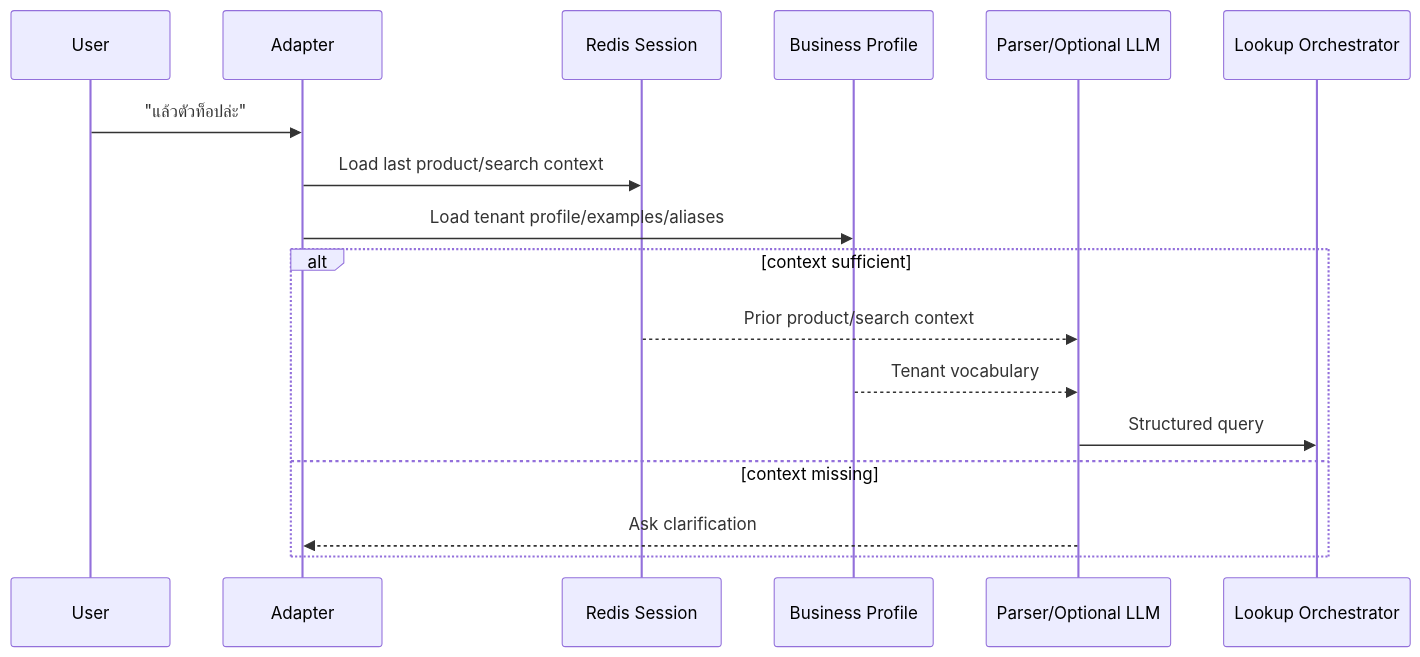
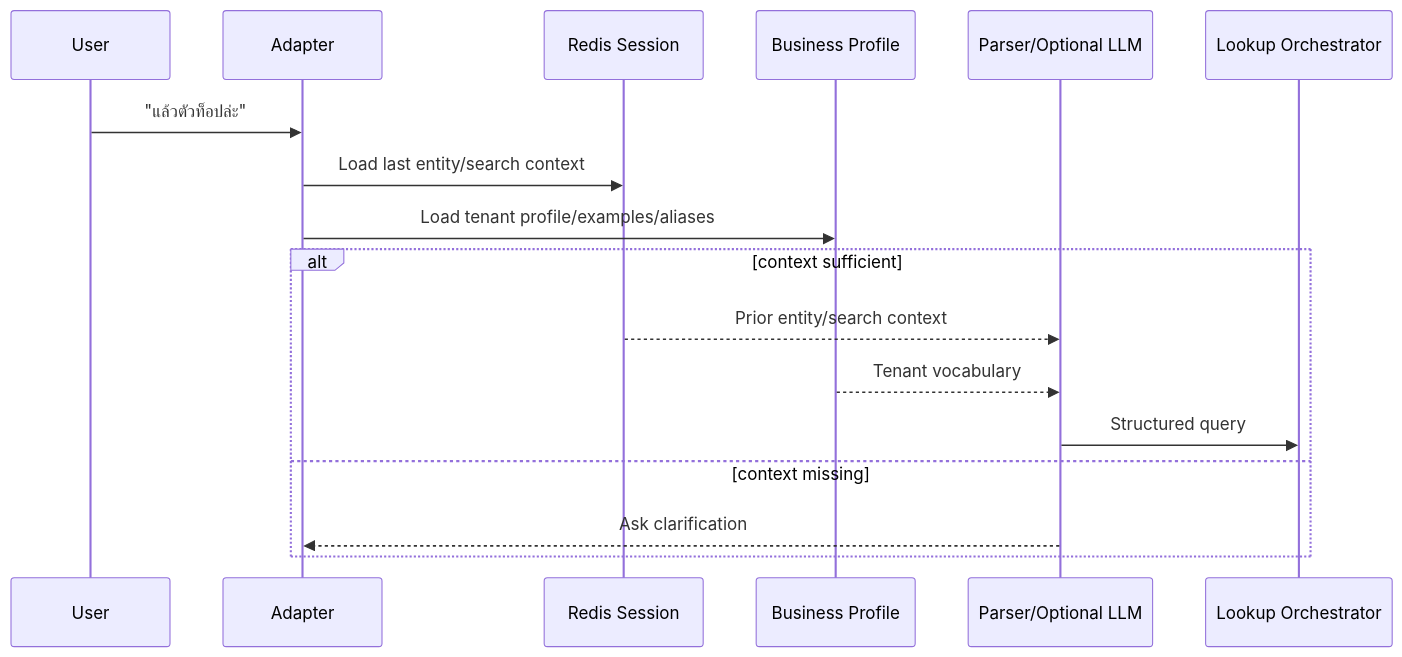
The second of 3 diagrams in docs/data-flow.md (bosocmputer/Enterprise-Multi-Agent-Multi-Department-Chatbot-Platform), drawn with Mermaid before and after one commit. The commit also changed other lines of this file and 26 other files, not shown here.

````diff
--- a/docs/data-flow.md
+++ b/docs/data-flow.md
@@ -55,20 +55,20 @@
 ```mermaid
 sequenceDiagram
   participant User
   participant Adapter
   participant Session as Redis Session
   participant Profile as Business Profile
   participant Parser as Parser/Optional LLM
   participant Lookup as Lookup Orchestrator
 
   User->>Adapter: "แล้วตัวท็อปล่ะ"
-  Adapter->>Session: Load last product/search context
+  Adapter->>Session: Load last entity/search context
   Adapter->>Profile: Load tenant profile/examples/aliases
   alt context sufficient
-    Session-->>Parser: Prior product/search context
+    Session-->>Parser: Prior entity/search context
     Profile-->>Parser: Tenant vocabulary
     Parser->>Lookup: Structured query
   else context missing
     Parser-->>Adapter: Ask clarification
   end
 ```
````
